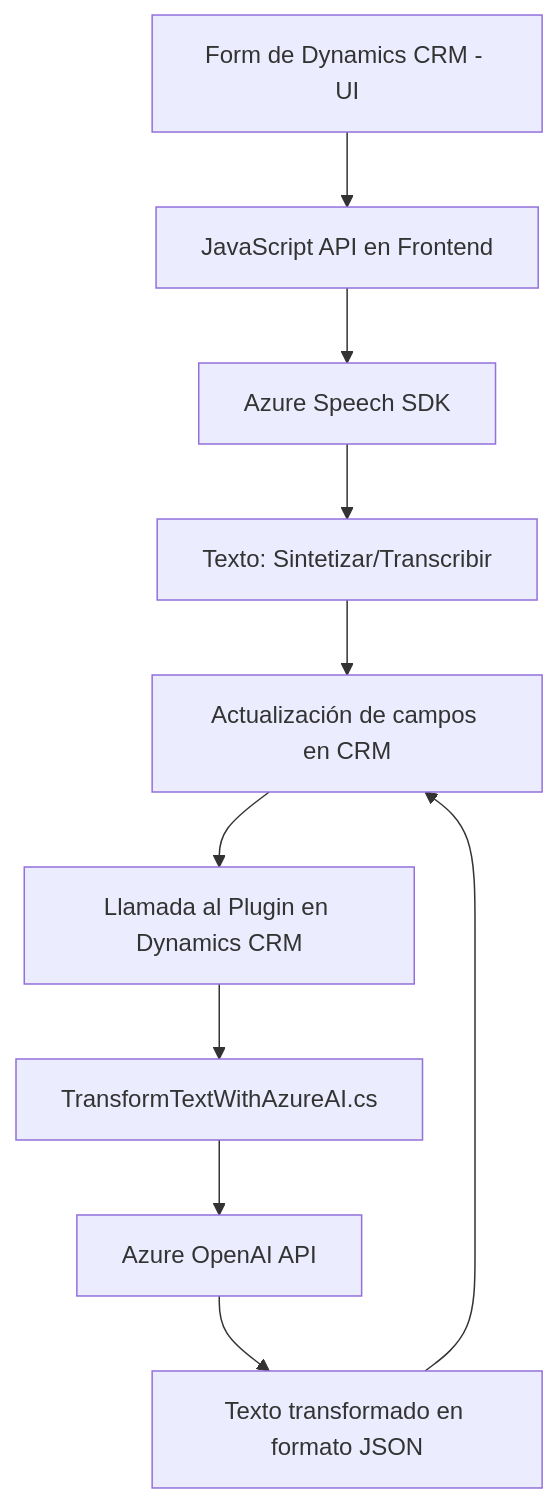
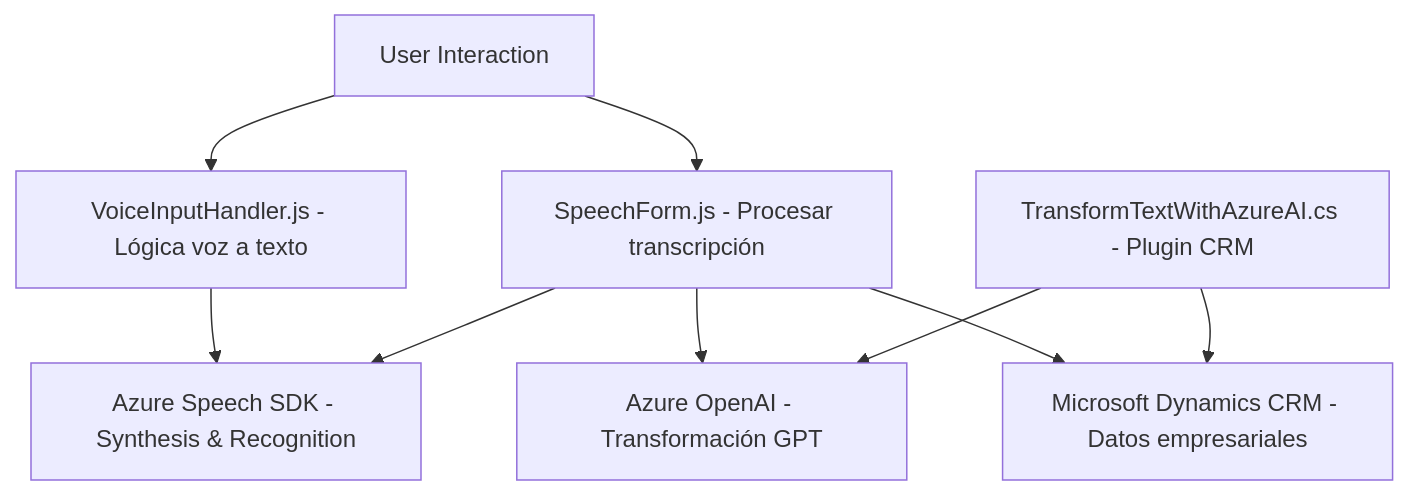
Before and after one commit to blopezdm/NETCORE_BILBAO2025: the diagram in README.md, drawn with Mermaid. The commit also changed other lines of this file, not shown here.

````diff
--- a/README.md
+++ b/README.md
@@ -38,12 +63,18 @@
 ```mermaid
 graph TD
-    A["Form de Dynamics CRM - UI"] --> B["JavaScript API en Frontend"]
-    B --> C["Azure Speech SDK"]
-    C --> D["Texto: Sintetizar/Transcribir"]
-    D --> E["Actualización de campos en CRM"]
-    E --> F["Llamada al Plugin en Dynamics CRM"]
-    F --> G["TransformTextWithAzureAI.cs"]
-    G --> H["Azure OpenAI API"]
-    H --> I["Texto transformado en formato JSON"]
-    I --> E
+    A[User Interaction]
+    B[VoiceInputHandler.js - Lógica voz a texto]
+    C[SpeechForm.js - Procesar transcripción]
+    D[TransformTextWithAzureAI.cs - Plugin CRM]
+    E[Azure Speech SDK - Synthesis & Recognition]
+    F[Azure OpenAI - Transformación GPT]
+    G[Microsoft Dynamics CRM - Datos empresariales]
+    A --> B
+    A --> C
+    B --> E
+    C --> E
+    C --> F
+    C --> G
+    D --> F
+    D --> G
 ```
````
